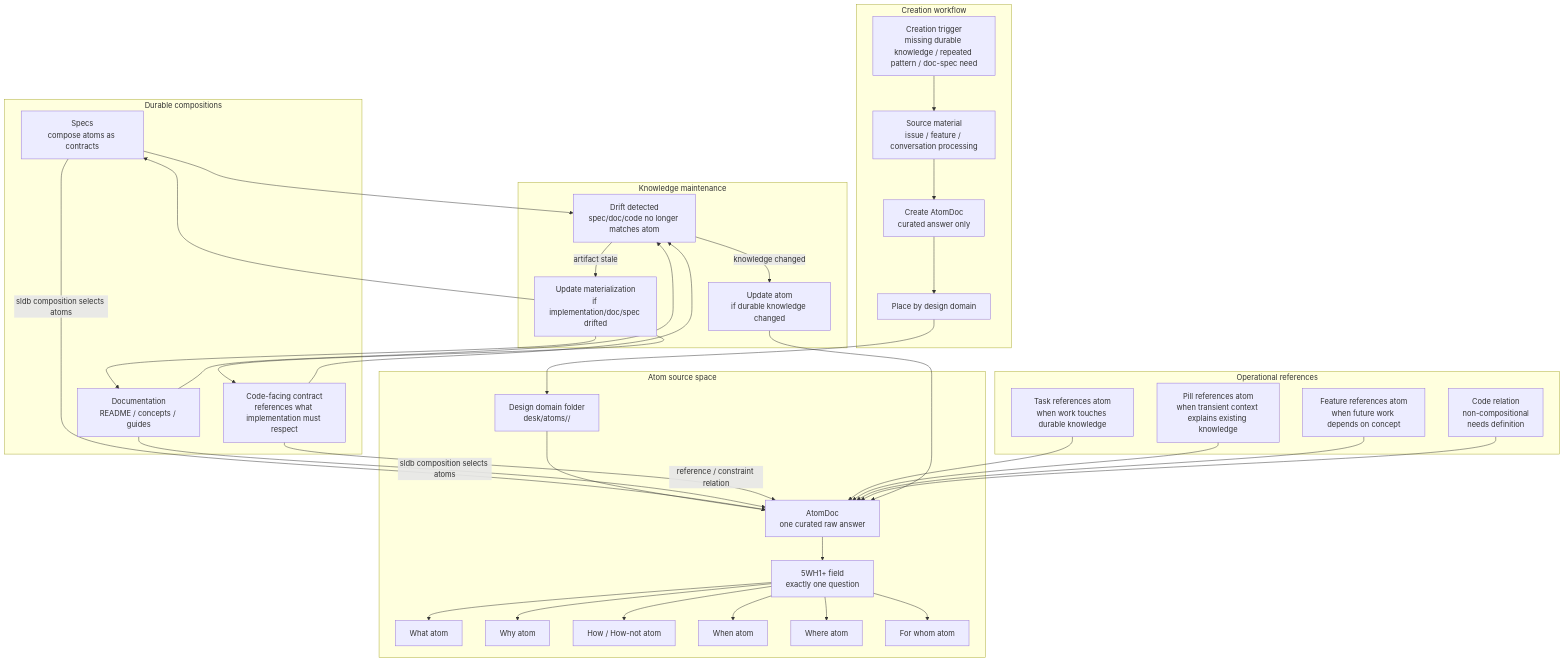
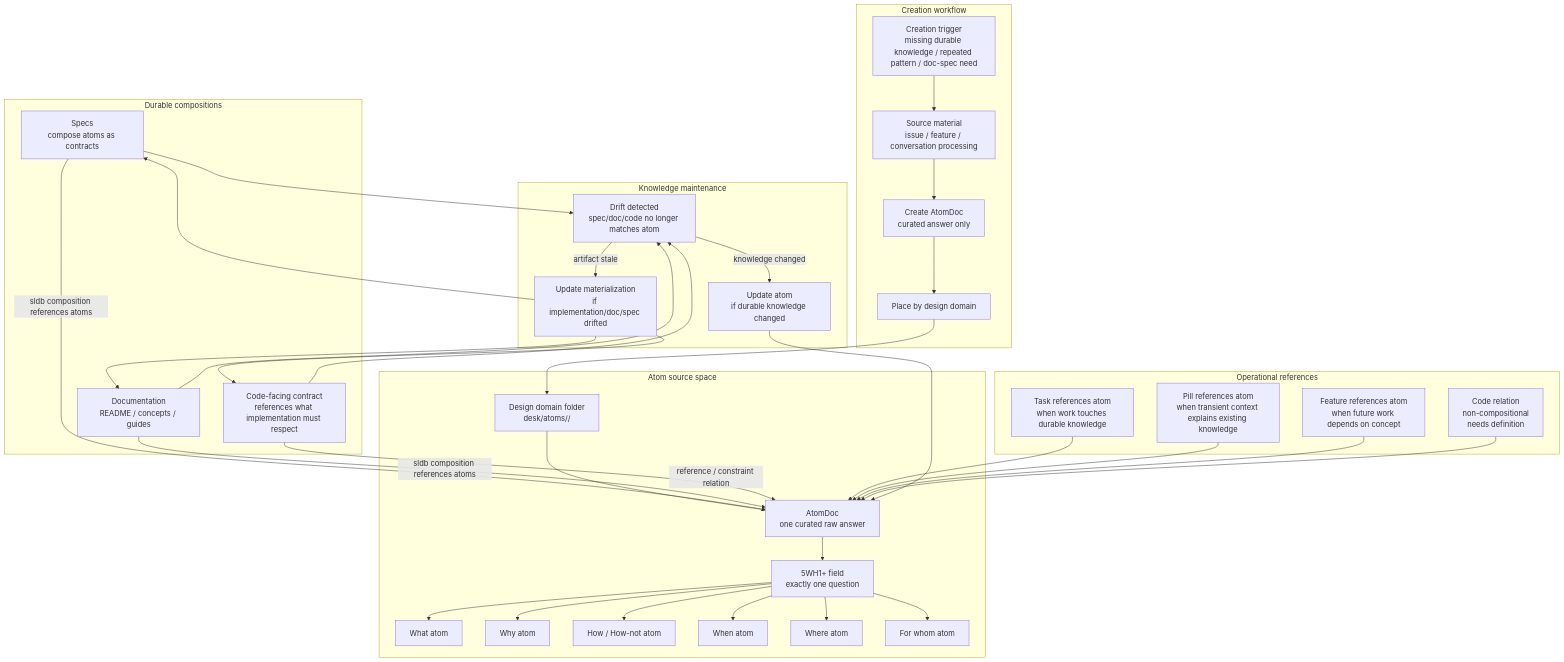
The diagram in docs/diagrams/atoms/atoms-workflow.md (jpcosec/opsys), drawn with Mermaid before and after one commit. The commit also changed other lines of this file and 1070 other files, not shown here.

````diff
--- a/docs/diagrams/atoms/atoms-workflow.md
+++ b/docs/diagrams/atoms/atoms-workflow.md
@@ -5,72 +5,72 @@
 ```mermaid
 flowchart TB
     subgraph Source["Atom source space"]
         domain["Design domain folder\ndesk/atoms/<domain>/"]
         atom["AtomDoc\none curated raw answer"]
         question["5WH1+ field\nexactly one question"]
         what["What atom"]
         why["Why atom"]
         how["How / How-not atom"]
         when["When atom"]
         where["Where atom"]
         whom["For whom atom"]
     end
 
     subgraph Compositions["Durable compositions"]
         specs["Specs\ncompose atoms as contracts"]
         docs["Documentation\nREADME / concepts / guides"]
         code_contract["Code-facing contract\nreferences what implementation must respect"]
     end
 
     subgraph References["Operational references"]
         task["Task references atom\nwhen work touches durable knowledge"]
         pill["Pill references atom\nwhen transient context explains existing knowledge"]
         feature["Feature references atom\nwhen future work depends on concept"]
         code["Code relation\nnon-compositional\nneeds definition"]
     end
 
     subgraph Creation["Creation workflow"]
         trigger["Creation trigger\nmissing durable knowledge / repeated pattern / doc-spec need"]
         source_doc["Source material\nissue / feature / conversation processing"]
         create["Create AtomDoc\ncurated answer only"]
         place["Place by design domain"]
     end
 
     subgraph Maintenance["Knowledge maintenance"]
         drift["Drift detected\nspec/doc/code no longer matches atom"]
         update_atom["Update atom\nif durable knowledge changed"]
         update_materialization["Update materialization\nif implementation/doc/spec drifted"]
     end
 
     domain --> atom
     atom --> question
     question --> what
     question --> why
     question --> how
     question --> when
     question --> where
     question --> whom
-    specs -->|sldb composition selects atoms| atom
-    docs -->|sldb composition selects atoms| atom
+    specs -->|sldb composition references atoms| atom
+    docs -->|sldb composition references atoms| atom
     code_contract -->|reference / constraint relation| atom
 
     task --> atom
     pill --> atom
     feature --> atom
     code --> atom
 
     trigger --> source_doc
     source_doc --> create
     create --> place
     place --> domain
 
     specs --> drift
     docs --> drift
     code_contract --> drift
     drift -->|knowledge changed| update_atom
     drift -->|artifact stale| update_materialization
     update_atom --> atom
     update_materialization --> specs
     update_materialization --> docs
     update_materialization --> code_contract
 ```
````
